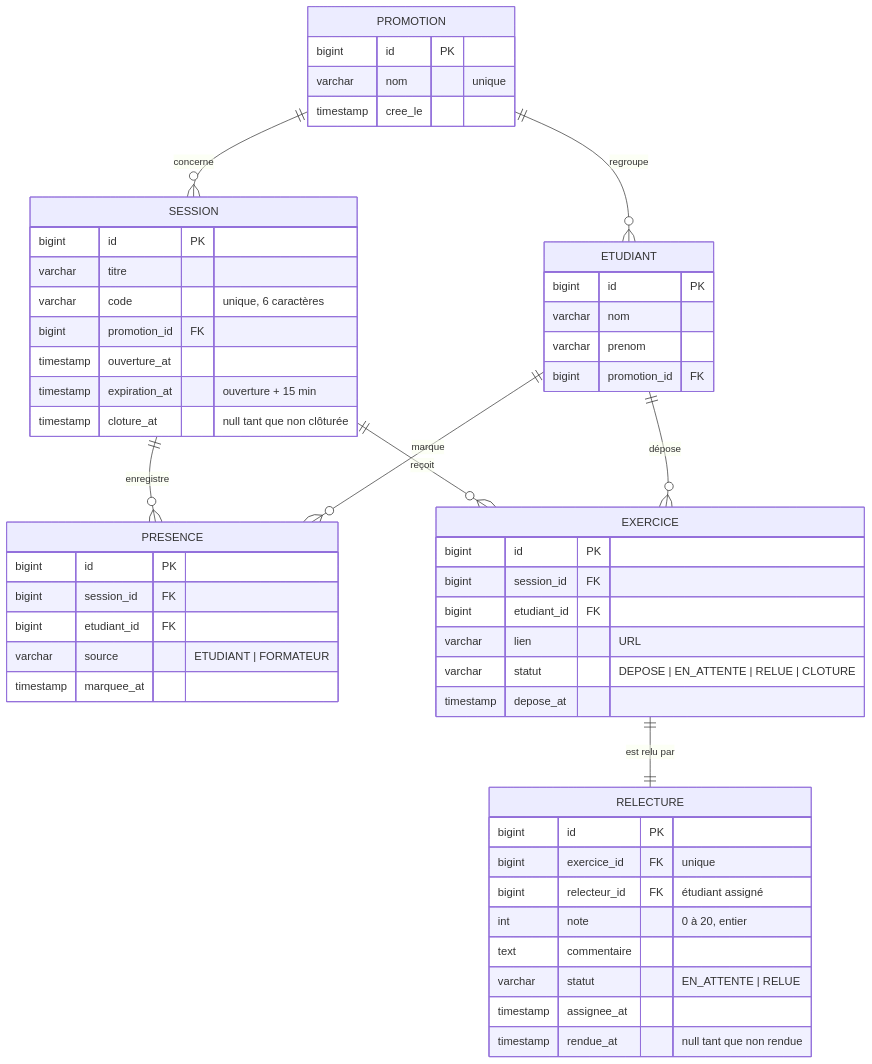
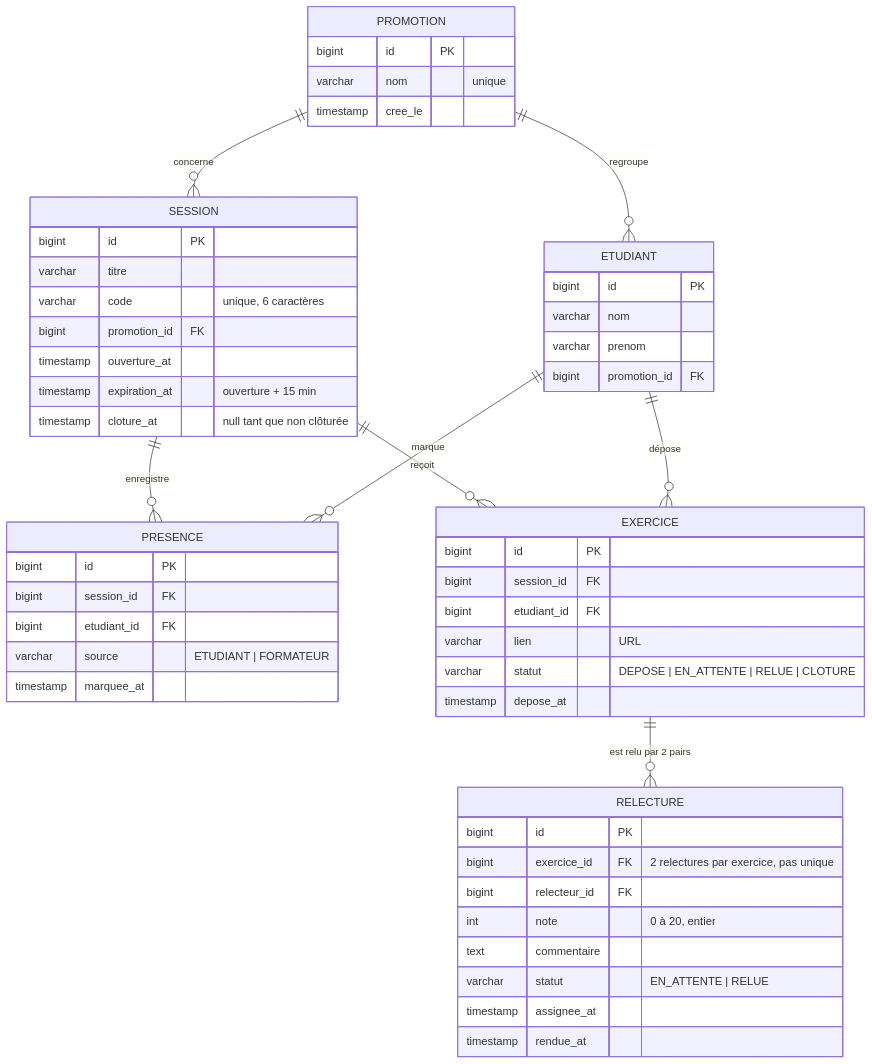
One commit to Landry-Guiagaing/kfokam48-epreuve-KF48-189 changed the diagram in docs/diagrammes/D2-modele-donnees.md. Above: the diagram before and after it, drawn with Mermaid. The commit also changed 2 other files, not shown here.

Commit message:
docs: mise a jour analyse suite au changement de besoin (2 relecteurs)
- CDC : EF15, EF16, EF17 ajoutees ; RG6 abrogee, RG17, RG18 ajoutees
- D2 : relation EXERCICE-RELECTURE passe de 1-1 a 1-N, contrainte UNIQUE retiree
- D4 : ajout statut PARTIELLEMENT_RELUE
- Journal : entree etape 3 + perimetre sacrifie

Consequence directe de l'enveloppe etape 3.

````diff
--- a/docs/diagrammes/D2-modele-donnees.md
+++ b/docs/diagrammes/D2-modele-donnees.md
@@ -5,61 +5,61 @@
 ```mermaid
 erDiagram
     PROMOTION ||--o{ ETUDIANT : "regroupe"
     PROMOTION ||--o{ SESSION : "concerne"
     SESSION ||--o{ PRESENCE : "enregistre"
     SESSION ||--o{ EXERCICE : "reçoit"
     ETUDIANT ||--o{ PRESENCE : "marque"
     ETUDIANT ||--o{ EXERCICE : "dépose"
-    EXERCICE ||--|| RELECTURE : "est relu par"
+        EXERCICE ||--o{ RELECTURE : "est relu par 2 pairs"
 
     PROMOTION {
         bigint id PK
         varchar nom "unique"
         timestamp cree_le
     }
 
     ETUDIANT {
         bigint id PK
         varchar nom
         varchar prenom
         bigint promotion_id FK
     }
 
     SESSION {
         bigint id PK
         varchar titre
         varchar code "unique, 6 caractères"
         bigint promotion_id FK
         timestamp ouverture_at
         timestamp expiration_at "ouverture + 15 min"
         timestamp cloture_at "null tant que non clôturée"
     }
 
     PRESENCE {
         bigint id PK
         bigint session_id FK
         bigint etudiant_id FK
         varchar source "ETUDIANT | FORMATEUR"
         timestamp marquee_at
     }
 
     EXERCICE {
         bigint id PK
         bigint session_id FK
         bigint etudiant_id FK
         varchar lien "URL"
         varchar statut "DEPOSE | EN_ATTENTE | RELUE | CLOTURE"
         timestamp depose_at
     }
 
-    RELECTURE {
+        RELECTURE {
         bigint id PK
-        bigint exercice_id FK "unique"
-        bigint relecteur_id FK "étudiant assigné"
+        bigint exercice_id FK "2 relectures par exercice, pas unique"
+        bigint relecteur_id FK
         int note "0 à 20, entier"
         text commentaire
         varchar statut "EN_ATTENTE | RELUE"
         timestamp assignee_at
-        timestamp rendue_at "null tant que non rendue"
+        timestamp rendue_at
     }
 ```
````
